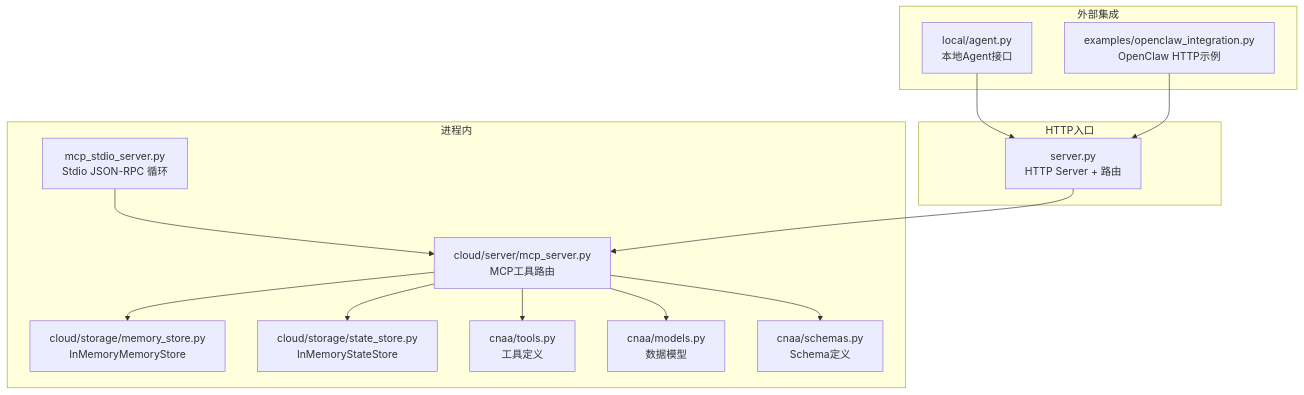
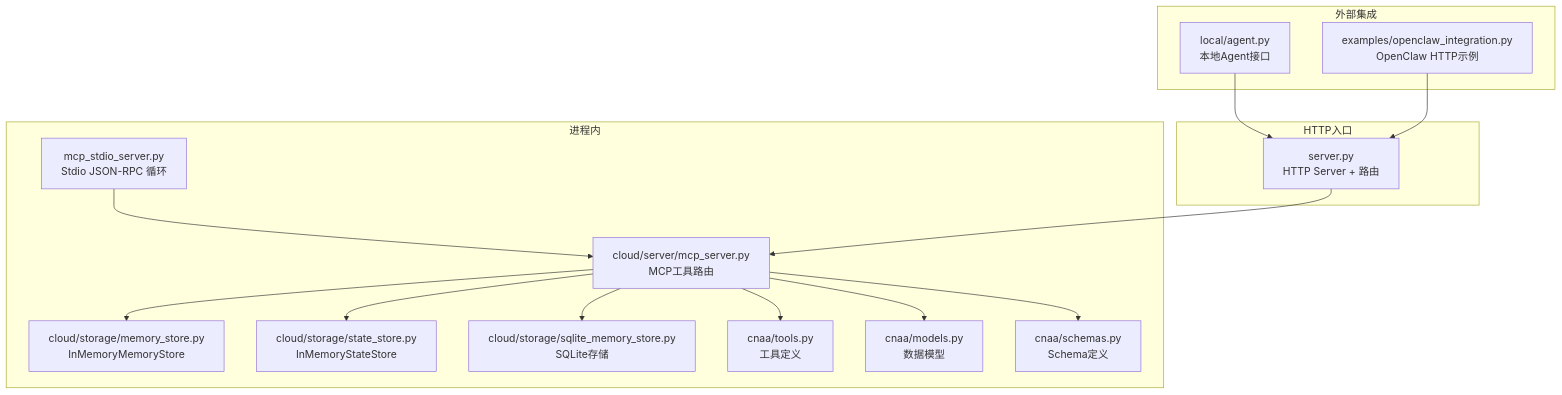
One commit to lgx236/CNAA-Cloud-Native-Agent-Architecture- changed the first of 6 diagrams in .qoder/repowiki/zh/content/架构设计/通信协议设计/MCP Stdio服务器.md. Above: the diagram before and after it, drawn with Mermaid. The commit also changed other lines of this file and 98 other files, not shown here.

Commit message:
feat: Add cloud-local distributed architecture configuration & deployment docs

````diff
--- a/.qoder/repowiki/zh/content/架构设计/通信协议设计/MCP Stdio服务器.md
+++ b/.qoder/repowiki/zh/content/架构设计/通信协议设计/MCP Stdio服务器.md
@@ -55,28 +66,30 @@
 ```mermaid
 graph TB
 subgraph "进程内"
 A["mcp_stdio_server.py<br/>Stdio JSON-RPC 循环"]
 B["cloud/server/mcp_server.py<br/>MCP工具路由"]
 C["cloud/storage/memory_store.py<br/>InMemoryMemoryStore"]
 D["cloud/storage/state_store.py<br/>InMemoryStateStore"]
-E["cnaa/tools.py<br/>工具定义"]
-F["cnaa/models.py<br/>数据模型"]
-G["cnaa/schemas.py<br/>Schema定义"]
+E["cloud/storage/sqlite_memory_store.py<br/>SQLite存储"]
+F["cnaa/tools.py<br/>工具定义"]
+G["cnaa/models.py<br/>数据模型"]
+H["cnaa/schemas.py<br/>Schema定义"]
 end
 subgraph "HTTP入口"
-H["server.py<br/>HTTP Server + 路由"]
+I["server.py<br/>HTTP Server + 路由"]
 end
 subgraph "外部集成"
-I["local/agent.py<br/>本地Agent接口"]
-J["examples/openclaw_integration.py<br/>OpenClaw HTTP示例"]
+J["local/agent.py<br/>本地Agent接口"]
+K["examples/openclaw_integration.py<br/>OpenClaw HTTP示例"]
 end
 A --> B
 B --> C
 B --> D
 B --> E
 B --> F
 B --> G
-H --> B
-I --> H
-J --> H
+B --> H
+I --> B
+J --> I
+K --> I
 ```
````
